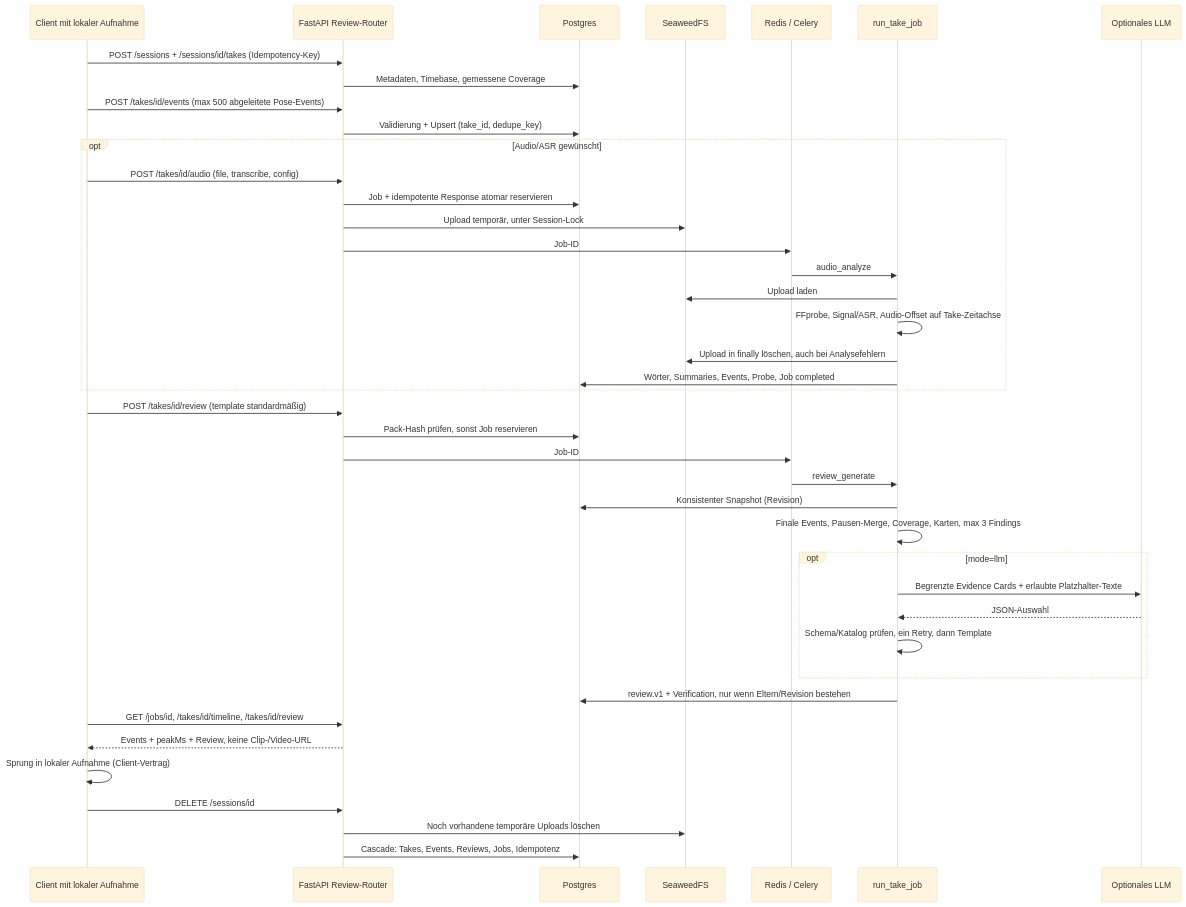
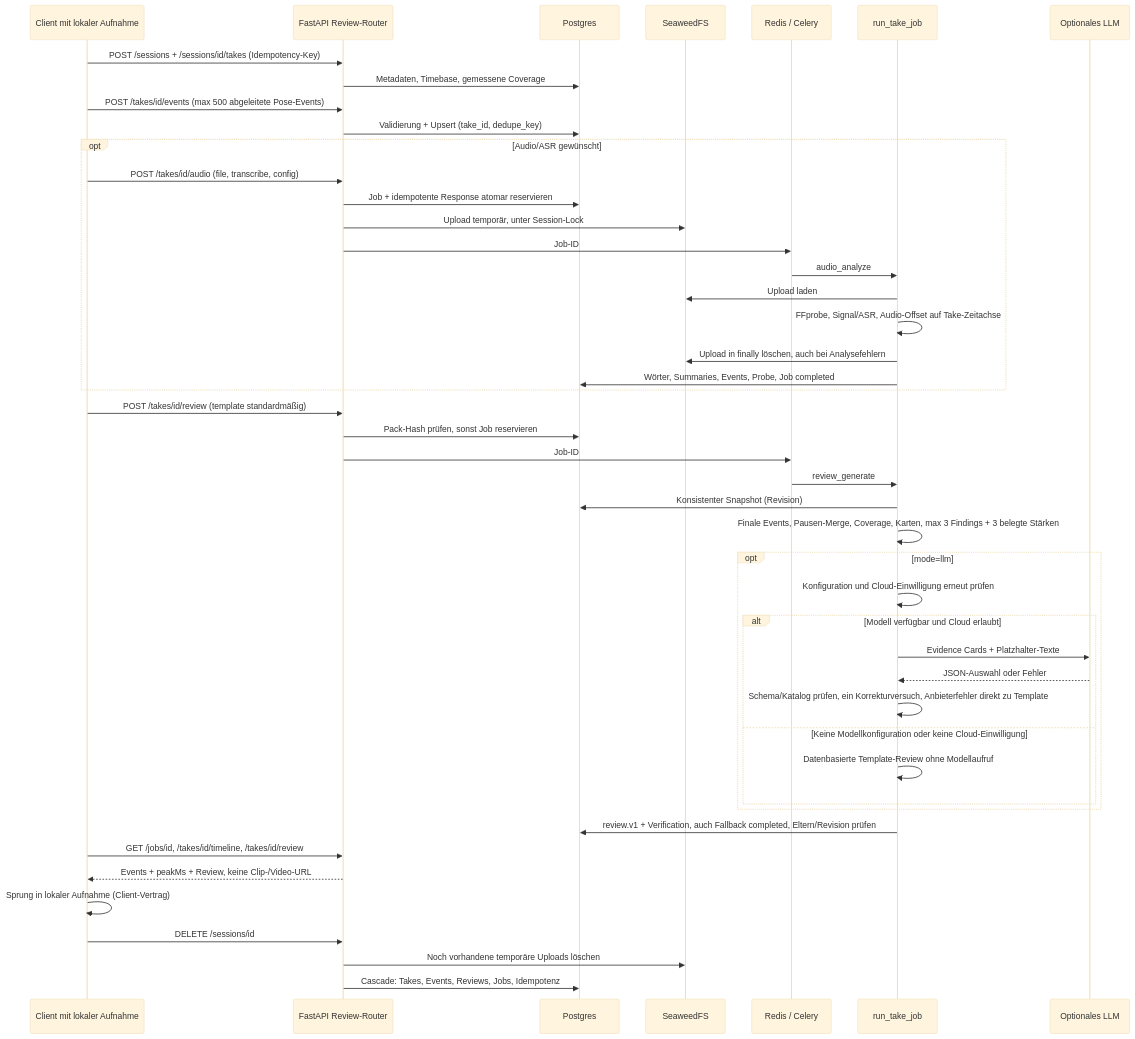
Before and after one commit to johannes3502/hackathon-fulda: the fourth of 12 diagrams in docs/03-architecture.md, drawn with Mermaid (base theme). The commit also changed other lines of this file and 24 other files, not shown here.

Commit message:
Improve evidence-based review fallback and coaching

````diff
--- a/docs/03-architecture.md
+++ b/docs/03-architecture.md
@@ -242,43 +243,48 @@
 ```mermaid
 sequenceDiagram
     participant C as Client mit lokaler Aufnahme
     participant A as FastAPI Review-Router
     participant P as Postgres
     participant S as SeaweedFS
     participant Q as Redis / Celery
     participant W as run_take_job
     participant L as Optionales LLM
     C->>A: POST /sessions + /sessions/id/takes (Idempotency-Key)
     A->>P: Metadaten, Timebase, gemessene Coverage
     C->>A: POST /takes/id/events (max 500 abgeleitete Pose-Events)
     A->>P: Validierung + Upsert (take_id, dedupe_key)
     opt Audio/ASR gewünscht
         C->>A: POST /takes/id/audio (file, transcribe, config)
         A->>P: Job + idempotente Response atomar reservieren
         A->>S: Upload temporär, unter Session-Lock
         A->>Q: Job-ID
         Q->>W: audio_analyze
         W->>S: Upload laden
         W->>W: FFprobe, Signal/ASR, Audio-Offset auf Take-Zeitachse
         W->>S: Upload in finally löschen, auch bei Analysefehlern
         W->>P: Wörter, Summaries, Events, Probe, Job completed
     end
     C->>A: POST /takes/id/review (template standardmäßig)
     A->>P: Pack-Hash prüfen, sonst Job reservieren
     A->>Q: Job-ID
     Q->>W: review_generate
     W->>P: Konsistenter Snapshot (Revision)
-    W->>W: Finale Events, Pausen-Merge, Coverage, Karten, max 3 Findings
+    W->>W: Finale Events, Pausen-Merge, Coverage, Karten, max 3 Findings + 3 belegte Stärken
     opt mode=llm
-        W->>L: Begrenzte Evidence Cards + erlaubte Platzhalter-Texte
-        L-->>W: JSON-Auswahl
-        W->>W: Schema/Katalog prüfen, ein Retry, dann Template
+        W->>W: Konfiguration und Cloud-Einwilligung erneut prüfen
+        alt Modell verfügbar und Cloud erlaubt
+            W->>L: Evidence Cards + Platzhalter-Texte
+            L-->>W: JSON-Auswahl oder Fehler
+            W->>W: Schema/Katalog prüfen, ein Korrekturversuch, Anbieterfehler direkt zu Template
+        else Keine Modellkonfiguration oder keine Cloud-Einwilligung
+            W->>W: Datenbasierte Template-Review ohne Modellaufruf
+        end
     end
-    W->>P: review.v1 + Verification, nur wenn Eltern/Revision bestehen
+    W->>P: review.v1 + Verification, auch Fallback completed, Eltern/Revision prüfen
     C->>A: GET /jobs/id, /takes/id/timeline, /takes/id/review
     A-->>C: Events + peakMs + Review, keine Clip-/Video-URL
     C->>C: Sprung in lokaler Aufnahme (Client-Vertrag)
     C->>A: DELETE /sessions/id
     A->>S: Noch vorhandene temporäre Uploads löschen
     A->>P: Cascade: Takes, Events, Reviews, Jobs, Idempotenz
 ```
````
